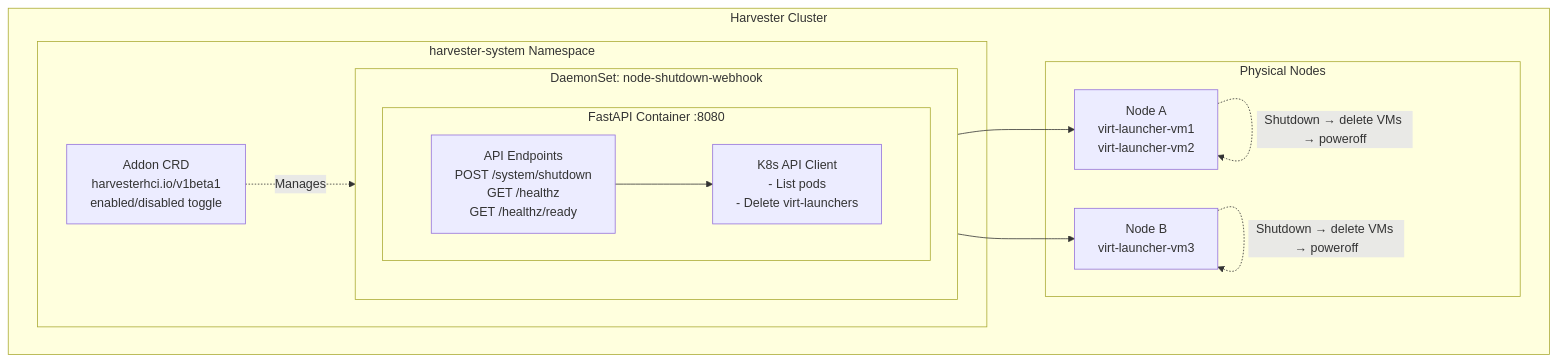
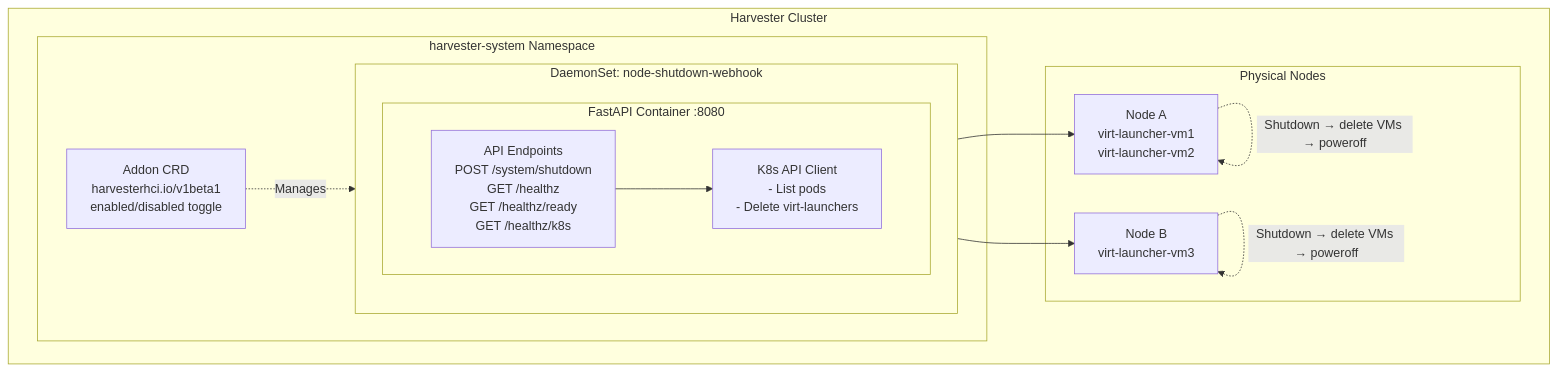
The diagram in README.md (zed378/hvt-shutdown-addons), drawn with Mermaid before and after one commit. The commit also changed other lines of this file and 6 other files, not shown here.

````diff
--- a/README.md
+++ b/README.md
@@ -67,25 +117,25 @@
 ```mermaid
 graph TB
     subgraph HarvesterCluster["Harvester Cluster"]
         subgraph Namespace["harvester-system Namespace"]
             subgraph DaemonSet["DaemonSet: node-shutdown-webhook"]
                 subgraph Container["FastAPI Container :8080"]
-                    API["API Endpoints<br/>POST /system/shutdown<br/>GET /healthz<br/>GET /healthz/ready"]
+                    API["API Endpoints<br/>POST /system/shutdown<br/>GET /healthz<br/>GET /healthz/ready<br/>GET /healthz/k8s"]
                     Client["K8s API Client<br/>- List pods<br/>- Delete virt-launchers"]
                 end
             end
             AddonCRD["Addon CRD<br/>harvesterhci.io/v1beta1<br/>enabled/disabled toggle"]
         end
         subgraph Nodes["Physical Nodes"]
             NodeA["Node A<br/>virt-launcher-vm1<br/>virt-launcher-vm2"]
             NodeB["Node B<br/>virt-launcher-vm3"]
         end
     end
 
     API --> Client
     AddonCRD -. Manages .-> DaemonSet
     DaemonSet --> NodeA
     DaemonSet --> NodeB
     NodeA -. Shutdown → delete VMs → poweroff .-> NodeA
     NodeB -. Shutdown → delete VMs → poweroff .-> NodeB
 ```
````
